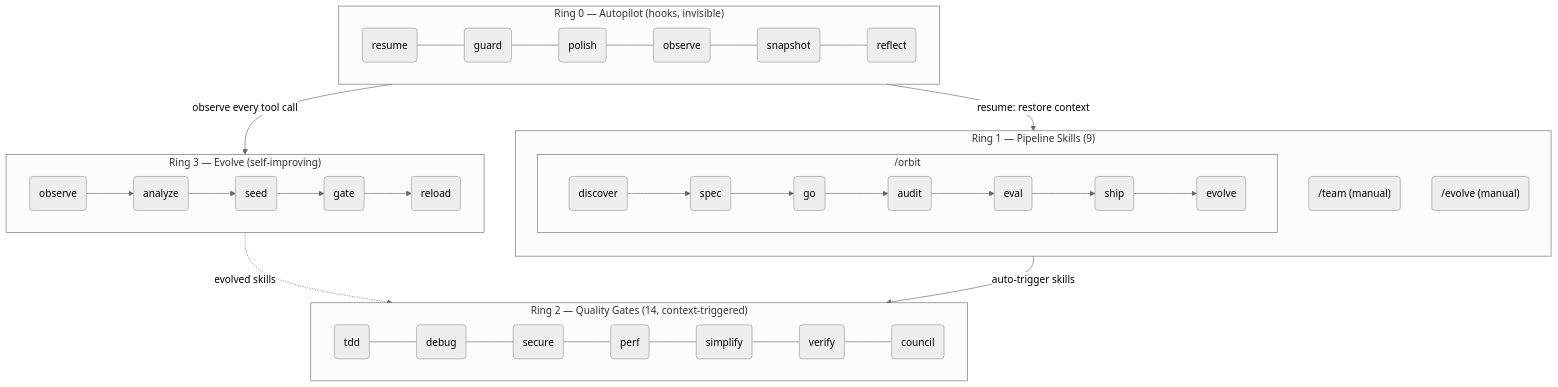
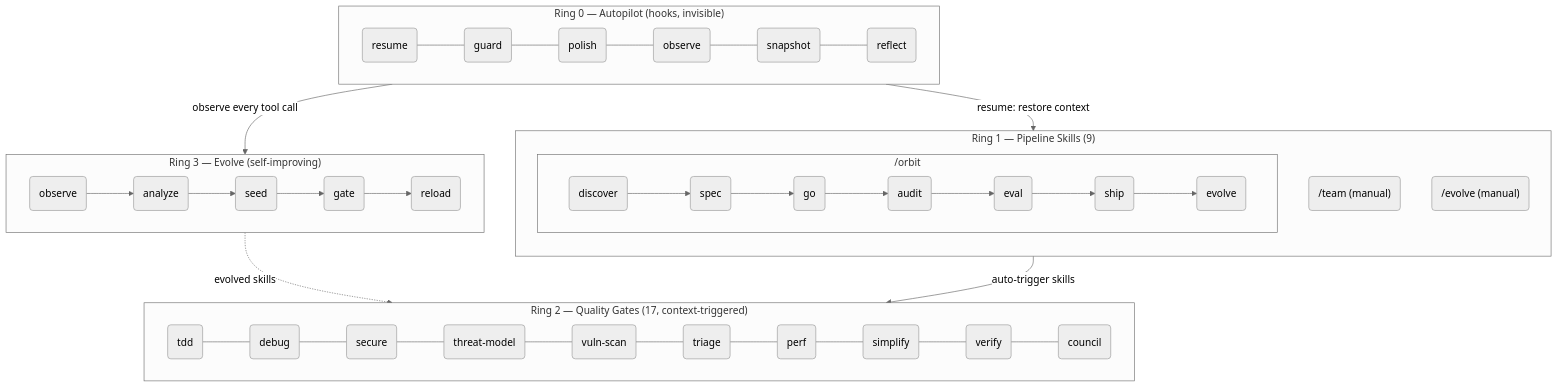
The second of 2 diagrams in i18n/zh-CN/README.md (epicsagas/epic-harness), drawn with Mermaid (neutral theme) before and after one commit. The commit also changed other lines of this file and 11 other files, not shown here.

````diff
--- a/i18n/zh-CN/README.md
+++ b/i18n/zh-CN/README.md
@@ -432,32 +443,32 @@
 ```mermaid
 flowchart TB
     subgraph R0["Ring 0 — Autopilot (hooks, invisible)"]
         direction LR
         h1(resume) --- h2(guard) --- h3(polish) --- h4(observe) --- h5(snapshot) --- h6(reflect)
     end
 
     subgraph R1["Ring 1 — Pipeline Skills (9)"]
         direction TB
         subgraph orbit_wrap["  /orbit  "]
             direction LR
             c1("discover") --> c2("spec") --> c3("go") --> c4("audit") --> c4b("eval") --> c5("ship") --> c6("evolve")
         end
         c7("/team (manual)")
         c8("/evolve (manual)")
     end
 
-    subgraph R2["Ring 2 — Quality Gates (14, context-triggered)"]
+    subgraph R2["Ring 2 — Quality Gates (17, context-triggered)"]
         direction LR
-        s1(tdd) --- s2(debug) --- s3(secure) --- s4(perf) --- s5(simplify) --- s6(verify) --- s7(council)
+        s1(tdd) --- s2(debug) --- s3(secure) --- s3b(threat-model) --- s3c(vuln-scan) --- s3d(triage) --- s4(perf) --- s5(simplify) --- s6(verify) --- s7(council)
     end
 
     subgraph R3["Ring 3 — Evolve (self-improving)"]
         direction LR
         e1(observe) --> e2(analyze) --> e3(seed) --> e4(gate) --> e5(reload)
     end
 
     R0 -->|"observe every tool call"| R3
     R3 -.->|"evolved skills"| R2
     R1 -->|"auto-trigger skills"| R2
     R0 -->|"resume: restore context"| R1
 ```
````
